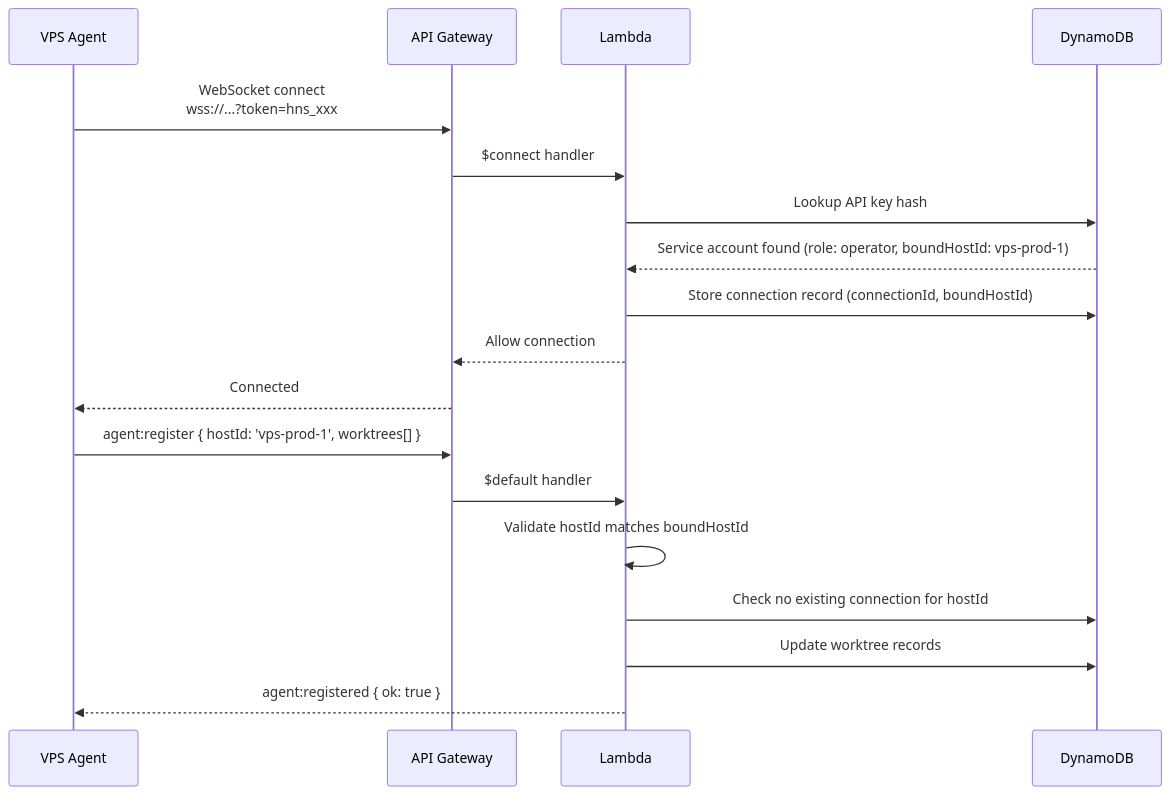
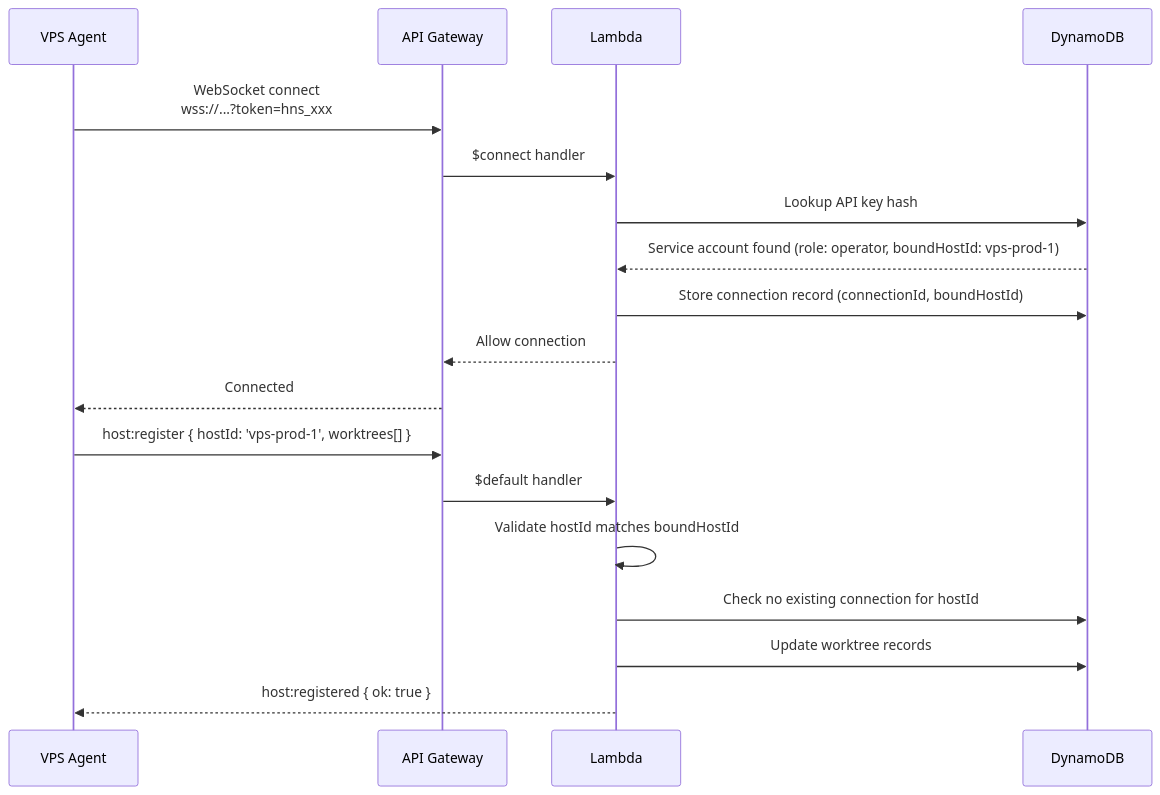
Before and after one commit to jonathanong/auto-harness: the second of 2 diagrams in docs/auth.md, drawn with Mermaid. The commit also changed other lines of this file and 25 other files, not shown here.

````diff
--- a/docs/auth.md
+++ b/docs/auth.md
@@ -184,21 +184,21 @@
 ```mermaid
 sequenceDiagram
     participant Agent as VPS Agent
     participant APIGW as API Gateway
     participant Lambda
     participant DDB as DynamoDB
 
     Agent->>APIGW: WebSocket connect<br/>wss://...?token=hns_xxx
     APIGW->>Lambda: $connect handler
     Lambda->>DDB: Lookup API key hash
     DDB-->>Lambda: Service account found (role: operator, boundHostId: vps-prod-1)
     Lambda->>DDB: Store connection record (connectionId, boundHostId)
     Lambda-->>APIGW: Allow connection
     APIGW-->>Agent: Connected
-    Agent->>APIGW: agent:register { hostId: 'vps-prod-1', worktrees[] }
+    Agent->>APIGW: host:register { hostId: 'vps-prod-1', worktrees[] }
     APIGW->>Lambda: $default handler
     Lambda->>Lambda: Validate hostId matches boundHostId
     Lambda->>DDB: Check no existing connection for hostId
     Lambda->>DDB: Update worktree records
-    Lambda-->>Agent: agent:registered { ok: true }
+    Lambda-->>Agent: host:registered { ok: true }
 ```
````
